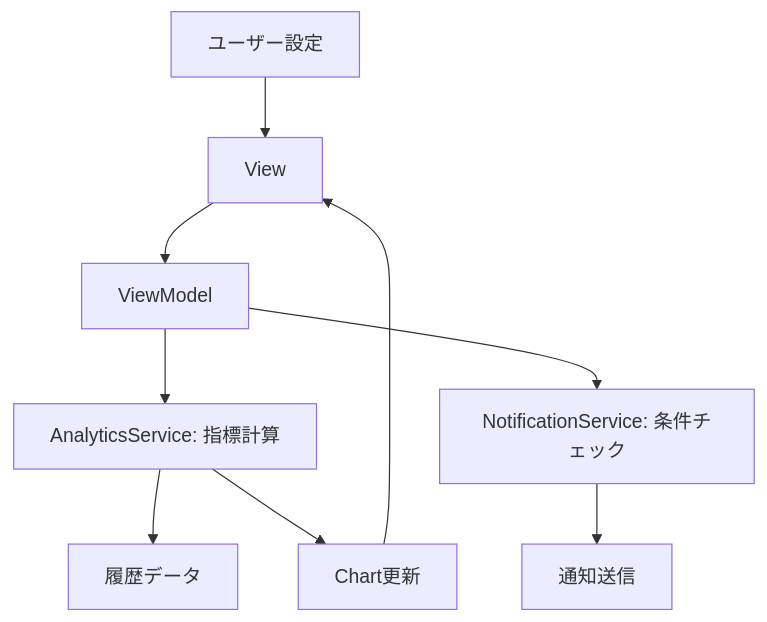
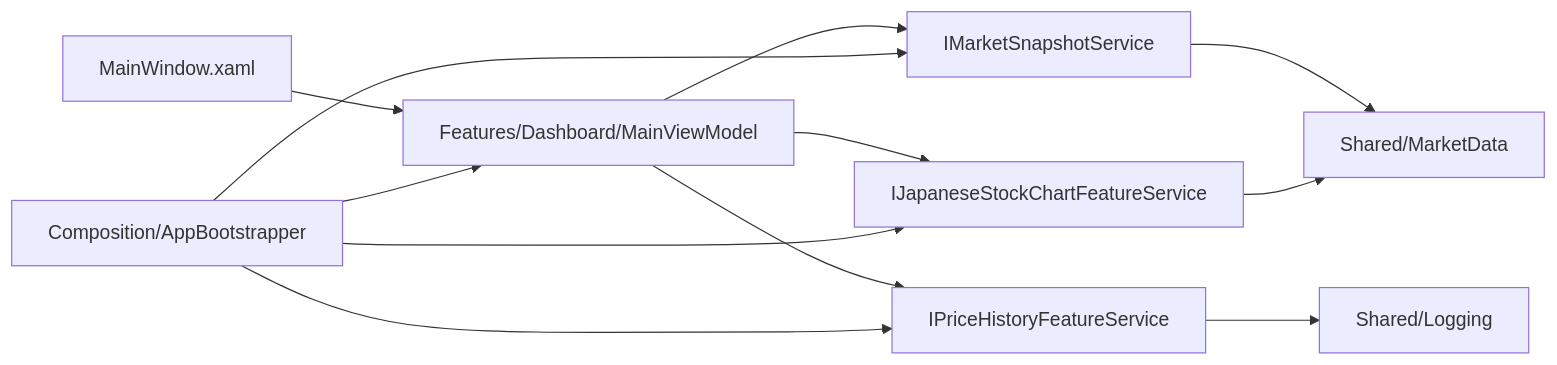
Before and after one commit to yankee2023/market_monitor: the diagram in DESIGN.md, drawn with Mermaid. The commit also changed other lines of this file and 100 other files, not shown here.

````diff
--- a/DESIGN.md
+++ b/DESIGN.md
@@ -317,11 +62,14 @@
 ```mermaid
-flowchart TD
-    U[ユーザー設定] --> V[View]
-    V --> VM[ViewModel]
-    VM --> An[AnalyticsService: 指標計算]
-    An --> DB[履歴データ]
-    VM --> N[NotificationService: 条件チェック]
-    N --> NT[通知送信]
-    An --> C[Chart更新]
-    C --> V
+flowchart LR
+    View[MainWindow.xaml] --> Dashboard[Features/Dashboard/MainViewModel]
+    Dashboard --> Snapshot[IMarketSnapshotService]
+    Dashboard --> History[IPriceHistoryFeatureService]
+    Dashboard --> Chart[IJapaneseStockChartFeatureService]
+    Snapshot --> Shared[Shared/MarketData]
+    Chart --> Shared
+    History --> Logging[Shared/Logging]
+    Composition[Composition/AppBootstrapper] --> Dashboard
+    Composition --> Snapshot
+    Composition --> History
+    Composition --> Chart
 ```
````
